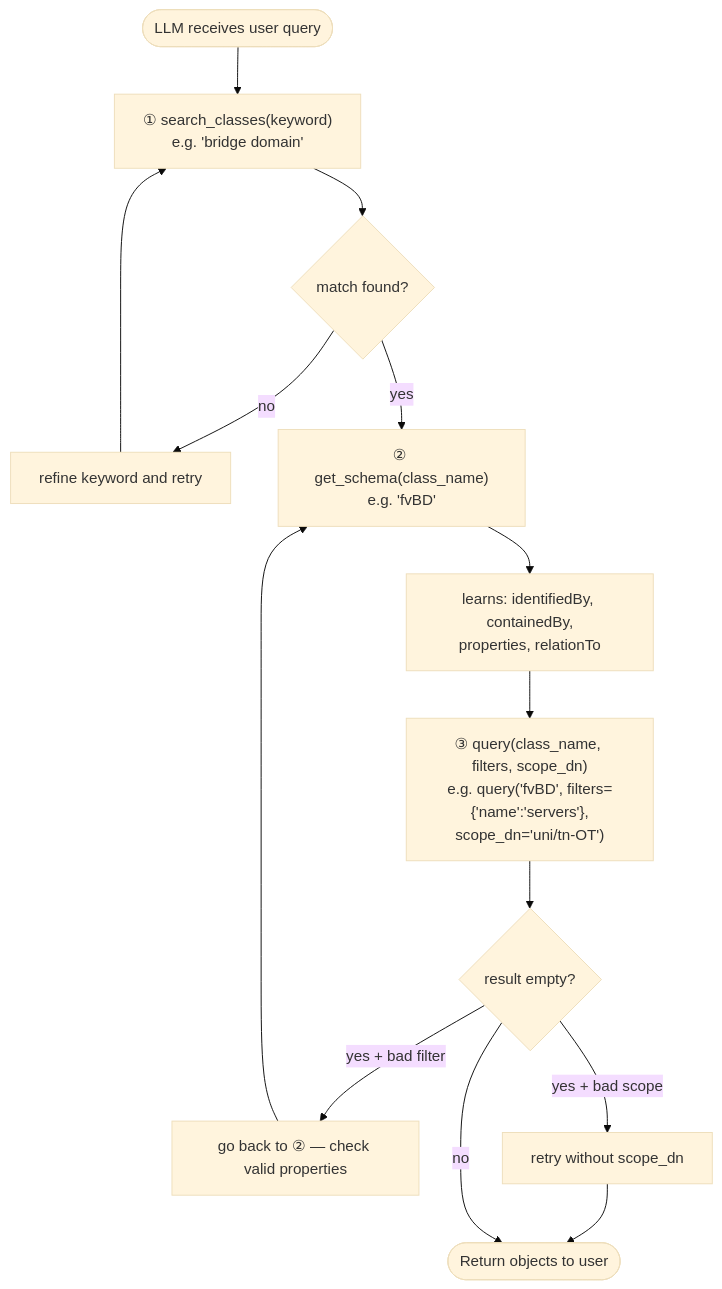
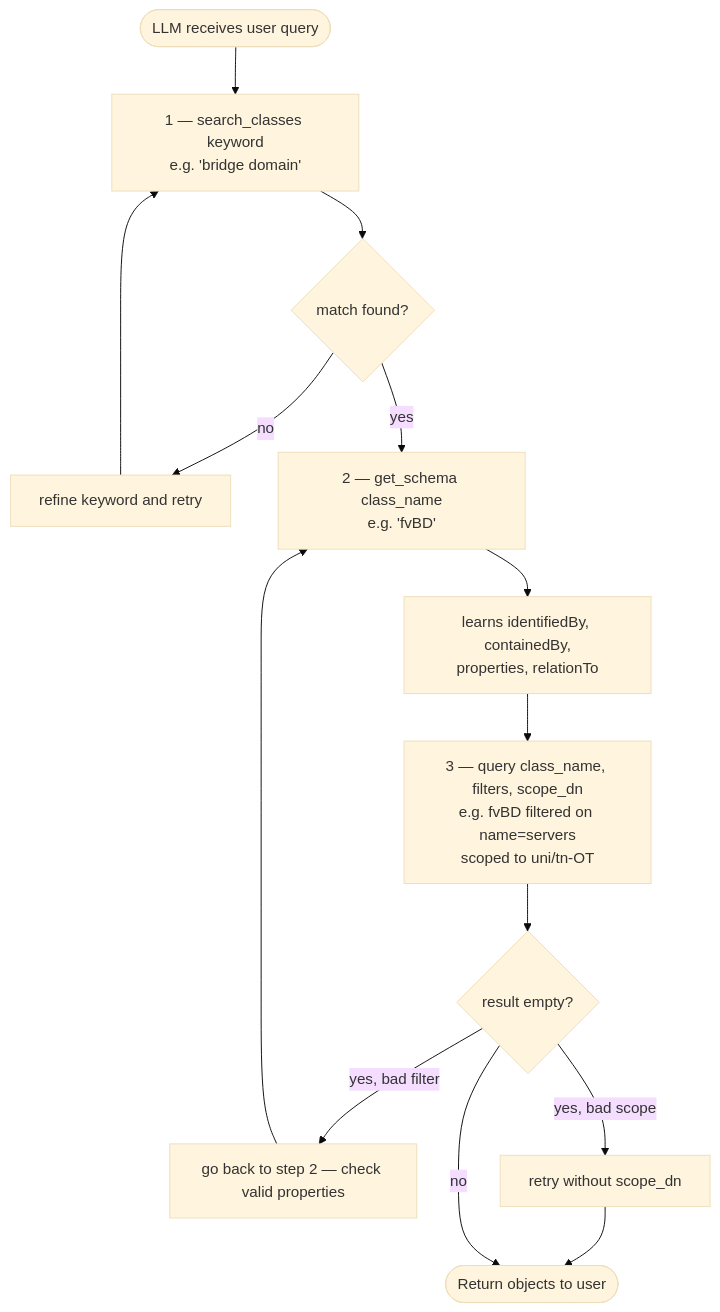
Before and after one commit to k3l0-dev/aci-mcp: the first of 6 diagrams in docs/architecture/data-flow.md, drawn with Mermaid (base theme). The commit also changed other lines of this file and 27 other files, not shown here.

````diff
--- a/docs/architecture/data-flow.md
+++ b/docs/architecture/data-flow.md
@@ -7,24 +11,24 @@
 ```mermaid
 flowchart TD
     START([LLM receives user query]) --> S1
 
-    S1["① search_classes(keyword)\ne.g. 'bridge domain'"]
-    S1 --> D1{match found?}
-    D1 -->|no| RETRY["refine keyword and retry"]
+    S1["1 — search_classes keyword<br/>e.g. 'bridge domain'"]
+    S1 --> D1{"match found?"}
+    D1 -->|"no"| RETRY["refine keyword and retry"]
     RETRY --> S1
-    D1 -->|yes| S2
+    D1 -->|"yes"| S2
 
-    S2["② get_schema(class_name)\ne.g. 'fvBD'"]
-    S2 --> NOTE2["learns: identifiedBy, containedBy,\nproperties, relationTo"]
+    S2["2 — get_schema class_name<br/>e.g. 'fvBD'"]
+    S2 --> NOTE2["learns identifiedBy, containedBy,<br/>properties, relationTo"]
     NOTE2 --> S3
 
-    S3["③ query(class_name, filters, scope_dn)\ne.g. query('fvBD', filters={'name':'servers'},\nscope_dn='uni/tn-OT')"]
-    S3 --> D3{result empty?}
-    D3 -->|yes + bad filter| GOBACK["go back to ② — check valid properties"]
+    S3["3 — query class_name, filters, scope_dn<br/>e.g. fvBD filtered on name=servers<br/>scoped to uni/tn-OT"]
+    S3 --> D3{"result empty?"}
+    D3 -->|"yes, bad filter"| GOBACK["go back to step 2 — check valid properties"]
     GOBACK --> S2
-    D3 -->|yes + bad scope| S3B["retry without scope_dn"]
+    D3 -->|"yes, bad scope"| S3B["retry without scope_dn"]
     S3B --> DONE
-    D3 -->|no| DONE
+    D3 -->|"no"| DONE
 
     DONE([Return objects to user])
 ```
````
